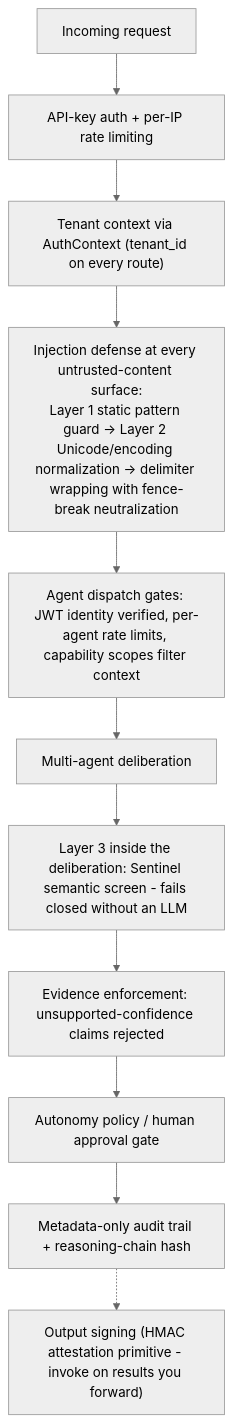
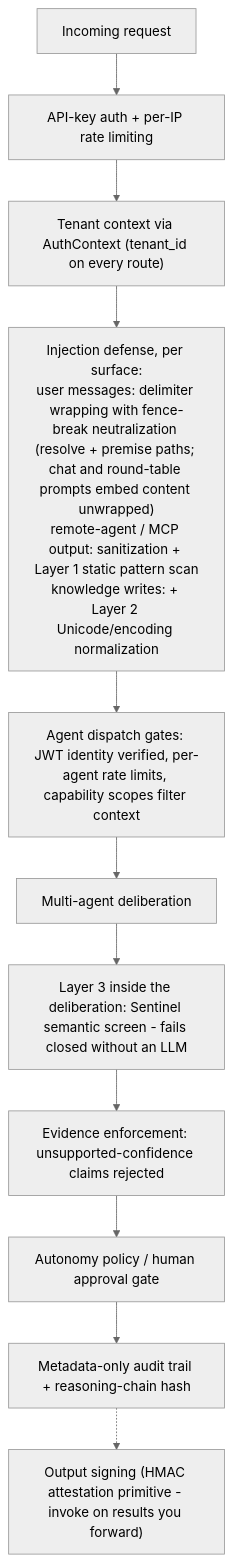
The first of 3 diagrams in docs/SECURITY_MODEL.md (KangaKode/aiscaffold), drawn with Mermaid (neutral theme) before and after one commit. The commit also changed other lines of this file and 14 other files, not shown here.

````diff
--- a/docs/SECURITY_MODEL.md
+++ b/docs/SECURITY_MODEL.md
@@ -13,13 +13,13 @@
 ```mermaid
 flowchart TD
     Req[Incoming request] --> Auth["API-key auth + per-IP rate limiting"]
     Auth --> Tenant["Tenant context via AuthContext (tenant_id on every route)"]
-    Tenant --> Inj["Injection defense at every untrusted-content surface:\nLayer 1 static pattern guard -> Layer 2 Unicode/encoding normalization -> delimiter wrapping with fence-break neutralization"]
+    Tenant --> Inj["Injection defense, per surface:<br/>user messages: delimiter wrapping with fence-break neutralization (resolve + premise paths; chat and round-table prompts embed content unwrapped)<br/>remote-agent / MCP output: sanitization + Layer 1 static pattern scan<br/>knowledge writes: + Layer 2 Unicode/encoding normalization"]
     Inj --> Dispatch["Agent dispatch gates: JWT identity verified, per-agent rate limits, capability scopes filter context"]
     Dispatch --> Delib["Multi-agent deliberation"]
     Delib --> L3["Layer 3 inside the deliberation: Sentinel semantic screen - fails closed without an LLM"]
     L3 --> Enforce["Evidence enforcement: unsupported-confidence claims rejected"]
     Enforce --> Gate["Autonomy policy / human approval gate"]
     Gate --> Audit["Metadata-only audit trail + reasoning-chain hash"]
     Audit -.-> Sign["Output signing (HMAC attestation primitive - invoke on results you forward)"]
 ```
````
